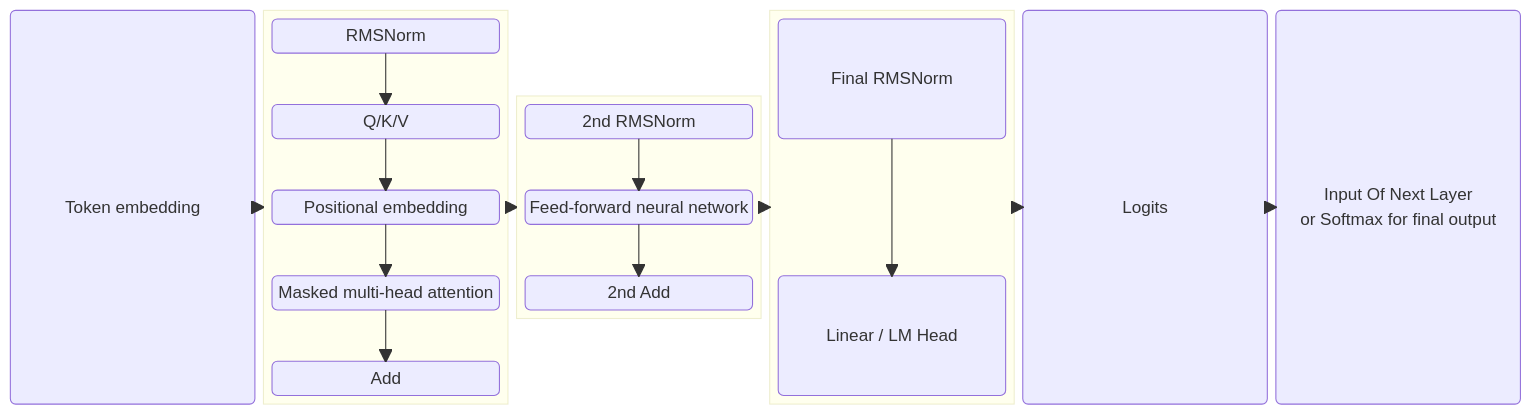
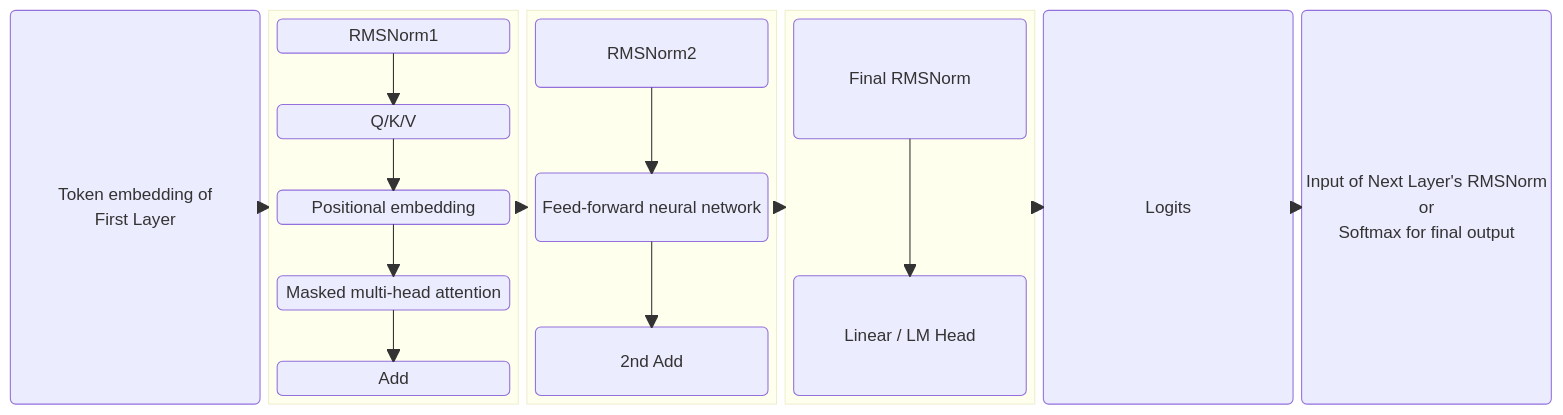
One commit to ChrisZhu2050/chriszhu2050.github.io changed the fourth of 8 diagrams in docs/llm-essential-forward-pass.md. Above: the diagram before and after it, drawn with Mermaid. The commit also changed other lines of this file and 2 other files, not shown here.

````diff
--- a/docs/llm-essential-forward-pass.md
+++ b/docs/llm-essential-forward-pass.md
@@ -67,48 +67,51 @@
       ```mermaid
           block
           columns 6
 
-            a("Token embedding")
+            a("Token embedding of 
+            First Layer
+            ")
             
 
           block:group2:1
             columns 1
-            c1("RMSNorm") space
+            c1("RMSNorm1") space
             b1("Q/K/V") space
             b("Positional embedding") space
             c2("Masked multi-head attention") space
             c3("Add")
           end
           block:group3:1
             columns 1
-            d("2nd RMSNorm") space
+            d("RMSNorm2") space
             e("Feed-forward neural network") space
             h("2nd Add")
           end
           block:group4:1
             columns 1
             f("Final RMSNorm") space
             g("Linear / LM Head")
 
           end
           
             z("Logits")
-            y("Input Of Next Layer
-            or Softmax for final output")
+            y("Input of Next Layer's RMSNorm
+            or 
+            Softmax for final output")
           
 
           c1 --> b1
           b1 --> b
           b --> c2
           c2 --> c3
           d --> e
           e --> h
           f --> g
 
           a --> group2
           group2 --> group3
           group3 --> group4
           group4 --> z
           z --> y
 
       ```  
````
